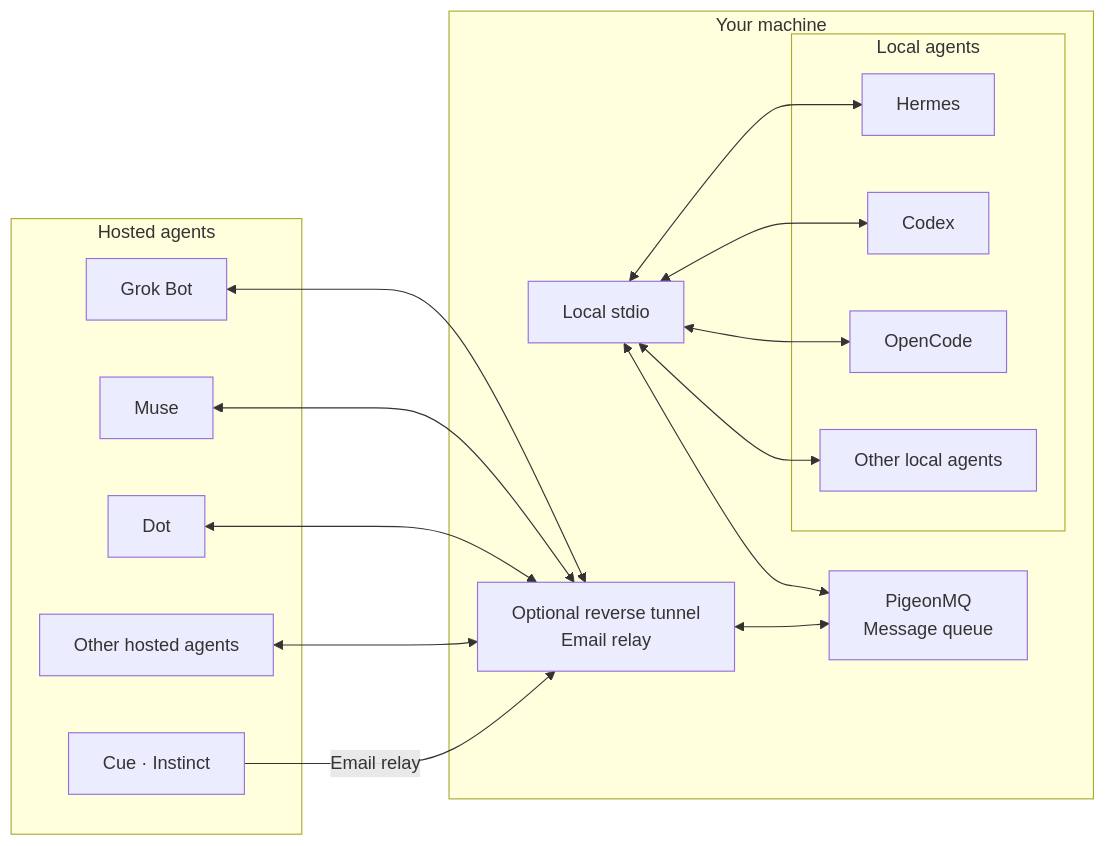
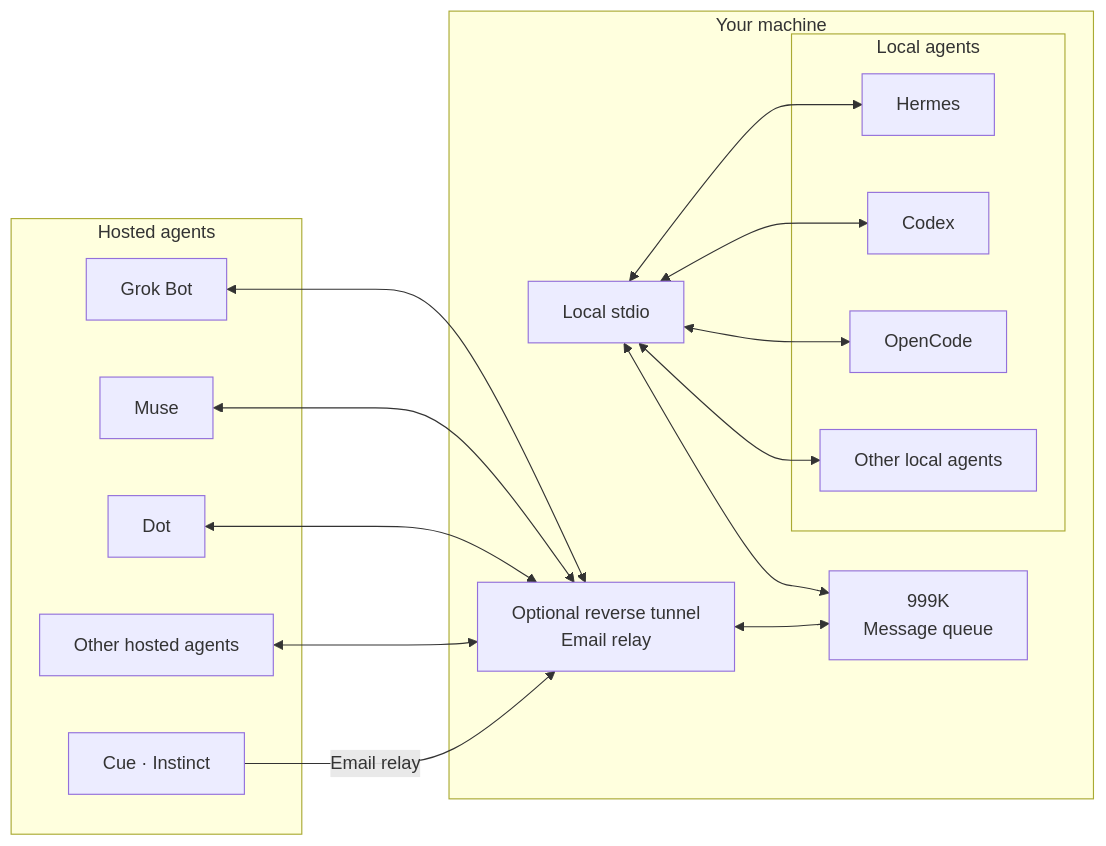
Before and after one commit to lazy9sascha/999k: the diagram in README.md, drawn with Mermaid. The commit also changed other lines of this file and 197 other files, not shown here.

````diff
--- a/README.md
+++ b/README.md
@@ -27,29 +32,29 @@
 ```mermaid
 flowchart LR
     subgraph HOSTED["Hosted agents"]
         G["Grok Bot"]
         M["Muse"]
         D["Dot"]
         HX["Other hosted agents"]
         CE["Cue · Instinct"]
     end
 
     subgraph MAC["Your machine"]
         S["Local stdio"]
         T["Optional reverse tunnel<br/>Email relay"]
-        Q["PigeonMQ<br/>Message queue"]
+        Q["999K<br/>Message queue"]
 
         subgraph LOCAL["Local agents"]
             H["Hermes"]
             C["Codex"]
             O["OpenCode"]
             LX["Other local agents"]
         end
     end
 
     S <--> Q
     G & M & D & HX <--> T
     T <--> Q
     S <--> C & O & H & LX
     CE -->|Email relay| T
 ```
````
